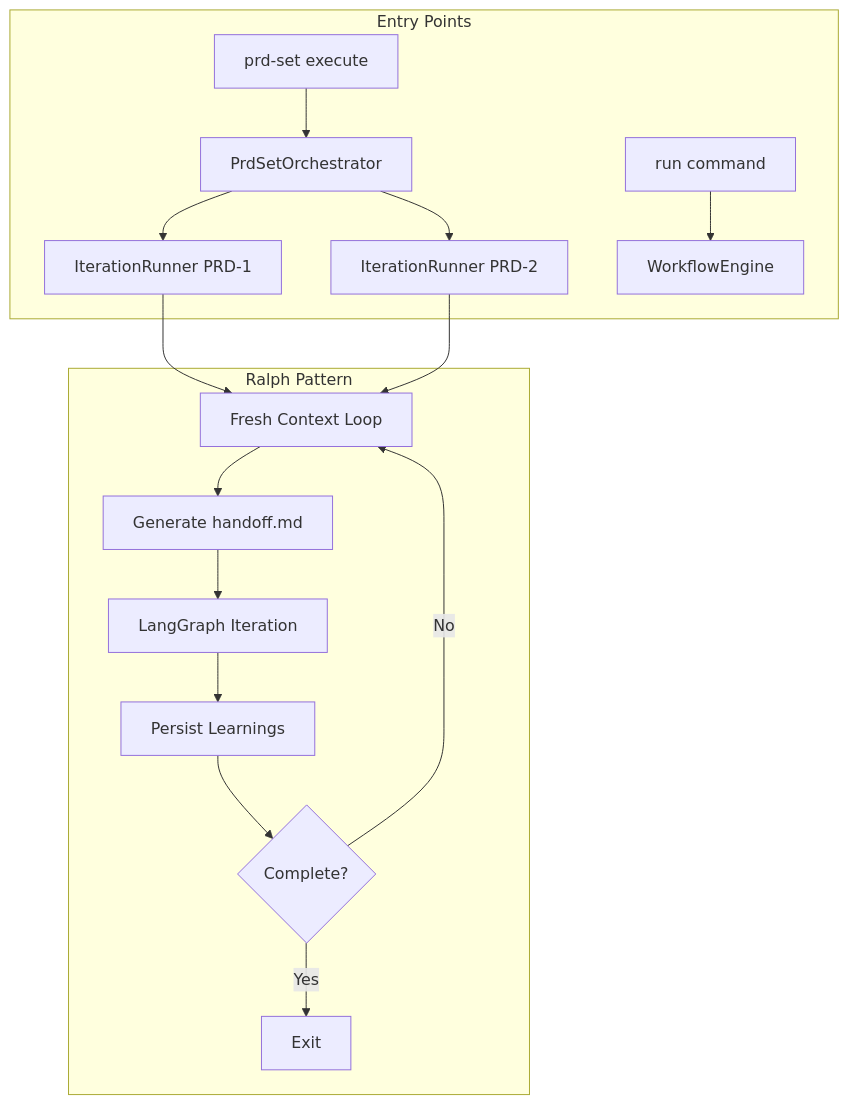
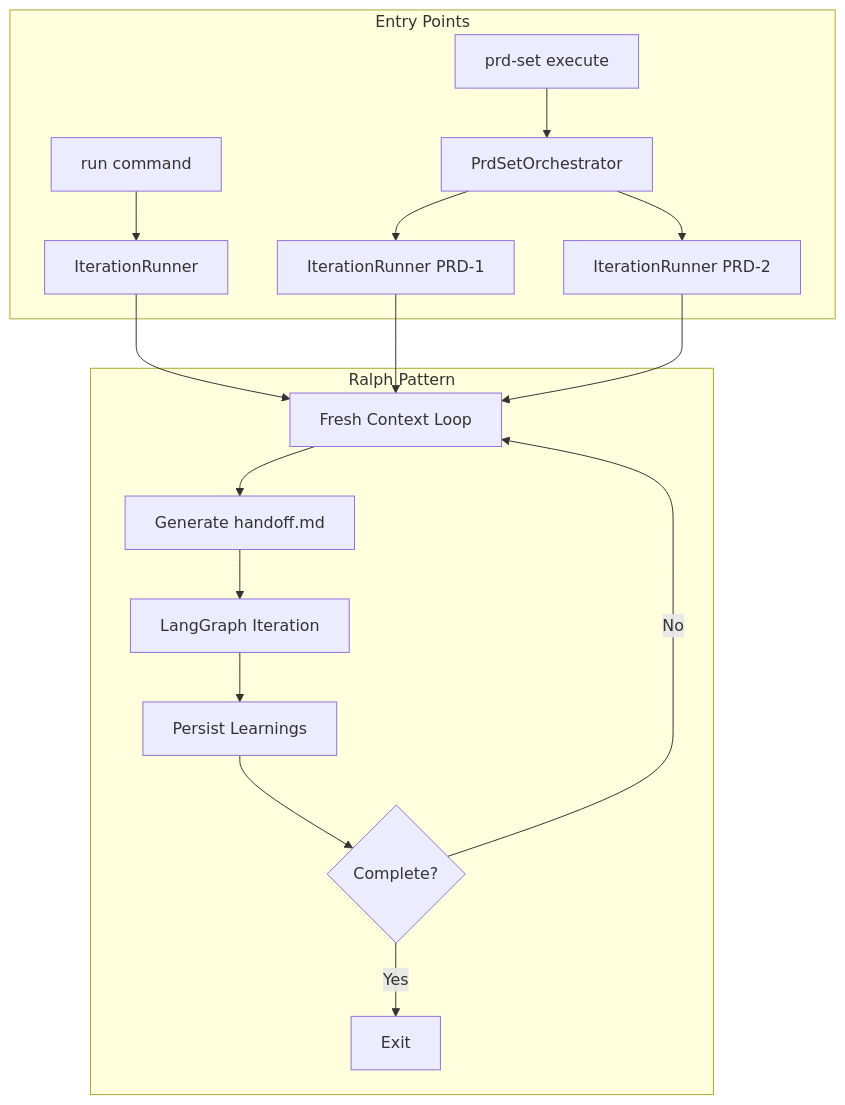
One commit to jienckebd/dev-loop changed the first of 2 diagrams in docs/contributing/EXECUTION_MODES.md. Above: the diagram before and after it, drawn with Mermaid. The commit also changed other lines of this file and 43 other files, not shown here.

````diff
--- a/docs/contributing/EXECUTION_MODES.md
+++ b/docs/contributing/EXECUTION_MODES.md
@@ -25,20 +25,21 @@
 ```mermaid
 flowchart TB
     subgraph entry [Entry Points]
         PRDSet[prd-set execute] --> PSO[PrdSetOrchestrator]
         PSO --> IR1[IterationRunner PRD-1]
         PSO --> IR2[IterationRunner PRD-2]
-        Run[run command] --> WE[WorkflowEngine]
+        Run[run command] --> IR0[IterationRunner]
     end
 
     subgraph iteration [Ralph Pattern]
+        IR0 --> Loop
         IR1 --> Loop[Fresh Context Loop]
         IR2 --> Loop
         Loop --> Handoff[Generate handoff.md]
         Handoff --> LG[LangGraph Iteration]
         LG --> Learn[Persist Learnings]
         Learn --> Check{Complete?}
         Check -->|No| Loop
         Check -->|Yes| Done[Exit]
     end
 ```
````
